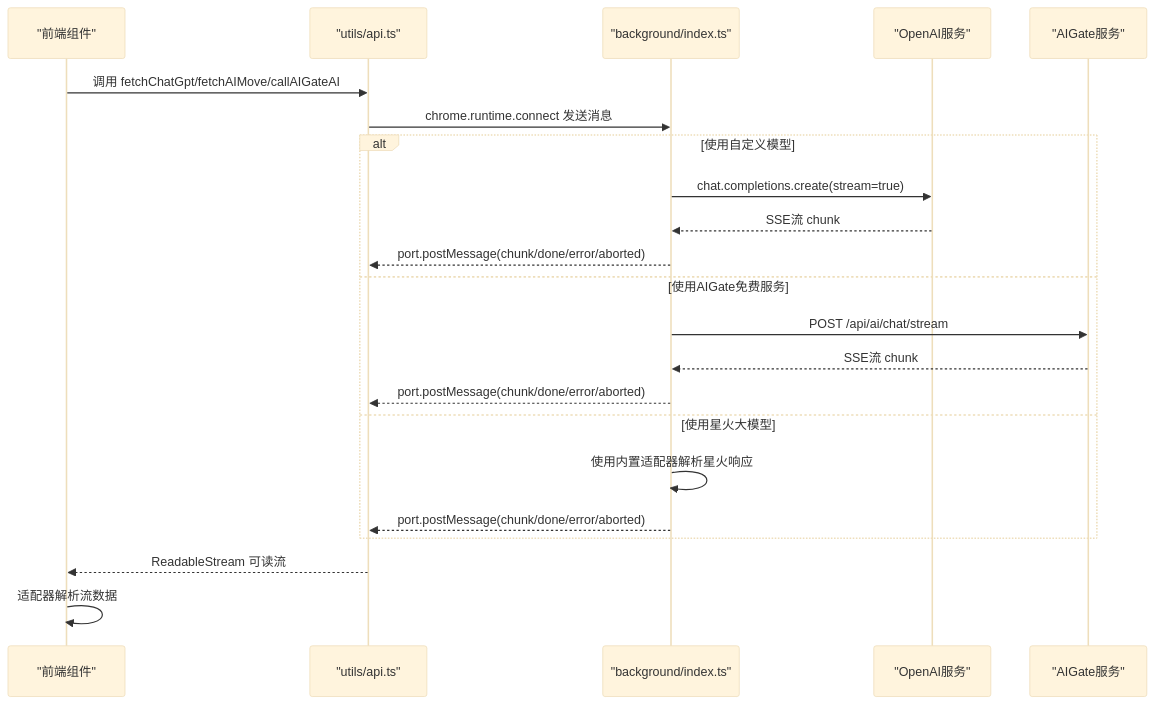
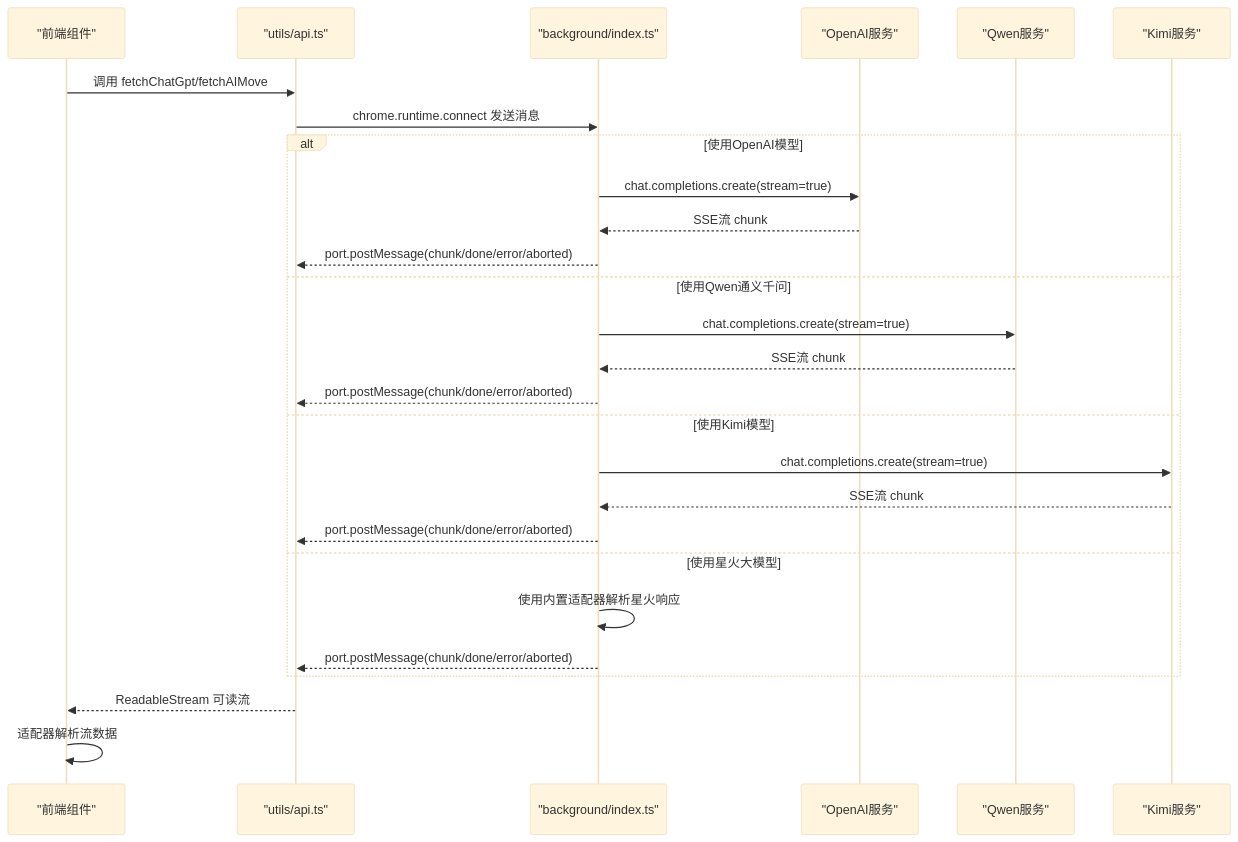
The second of 6 diagrams in .qoder/repowiki/zh/content/API参考文档/AI服务API.md (RadiumAg/bilibili-favorites), drawn with Mermaid (base theme) before and after one commit. The commit also changed other lines of this file and 3 other files, not shown here.

````diff
--- a/.qoder/repowiki/zh/content/API参考文档/AI服务API.md
+++ b/.qoder/repowiki/zh/content/API参考文档/AI服务API.md
@@ -161,24 +161,29 @@
 ```mermaid
 sequenceDiagram
 participant UI as "前端组件"
 participant API as "utils/api.ts"
 participant BG as "background/index.ts"
 participant OA as "OpenAI服务"
-participant AG as "AIGate服务"
-UI->>API : 调用 fetchChatGpt/fetchAIMove/callAIGateAI
+participant QW as "Qwen服务"
+participant KM as "Kimi服务"
+UI->>API : 调用 fetchChatGpt/fetchAIMove
 API->>BG : chrome.runtime.connect 发送消息
-alt 使用自定义模型
+alt 使用OpenAI模型
 BG->>OA : chat.completions.create(stream=true)
 OA-->>BG : SSE流 chunk
 BG-->>API : port.postMessage(chunk/done/error/aborted)
-else 使用AIGate免费服务
-BG->>AG : POST /api/ai/chat/stream
-AG-->>BG : SSE流 chunk
+else 使用Qwen通义千问
+BG->>QW : chat.completions.create(stream=true)
+QW-->>BG : SSE流 chunk
+BG-->>API : port.postMessage(chunk/done/error/aborted)
+else 使用Kimi模型
+BG->>KM : chat.completions.create(stream=true)
+KM-->>BG : SSE流 chunk
 BG-->>API : port.postMessage(chunk/done/error/aborted)
 else 使用星火大模型
 BG->>BG : 使用内置适配器解析星火响应
 BG-->>API : port.postMessage(chunk/done/error/aborted)
 end
 API-->>UI : ReadableStream 可读流
 UI->>UI : 适配器解析流数据
 ```
````
